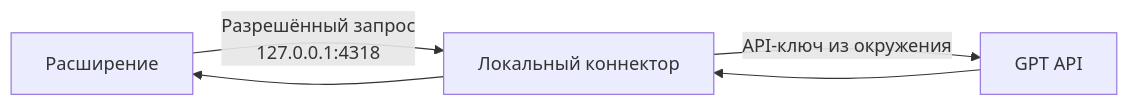
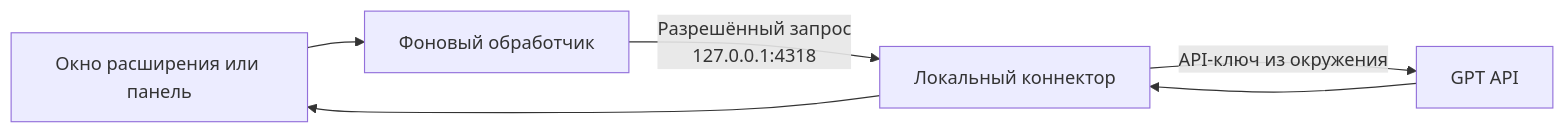
The second of 2 diagrams in docs/architecture.md (kostia7alania/replylab-extension), drawn with Mermaid before and after one commit. The commit also changed other lines of this file and 17 other files, not shown here.

````diff
--- a/docs/architecture.md
+++ b/docs/architecture.md
@@ -30,6 +44,7 @@
 ```mermaid
 flowchart LR
-    A[Расширение] -->|Разрешённый запрос<br/>127.0.0.1:4318| B[Локальный коннектор]
+    A[Окно расширения или панель] --> Worker[Фоновый обработчик]
+    Worker -->|Разрешённый запрос<br/>127.0.0.1:4318| B[Локальный коннектор]
     B -->|API-ключ из окружения| C[GPT API]
     C --> B --> A
 ```
````
